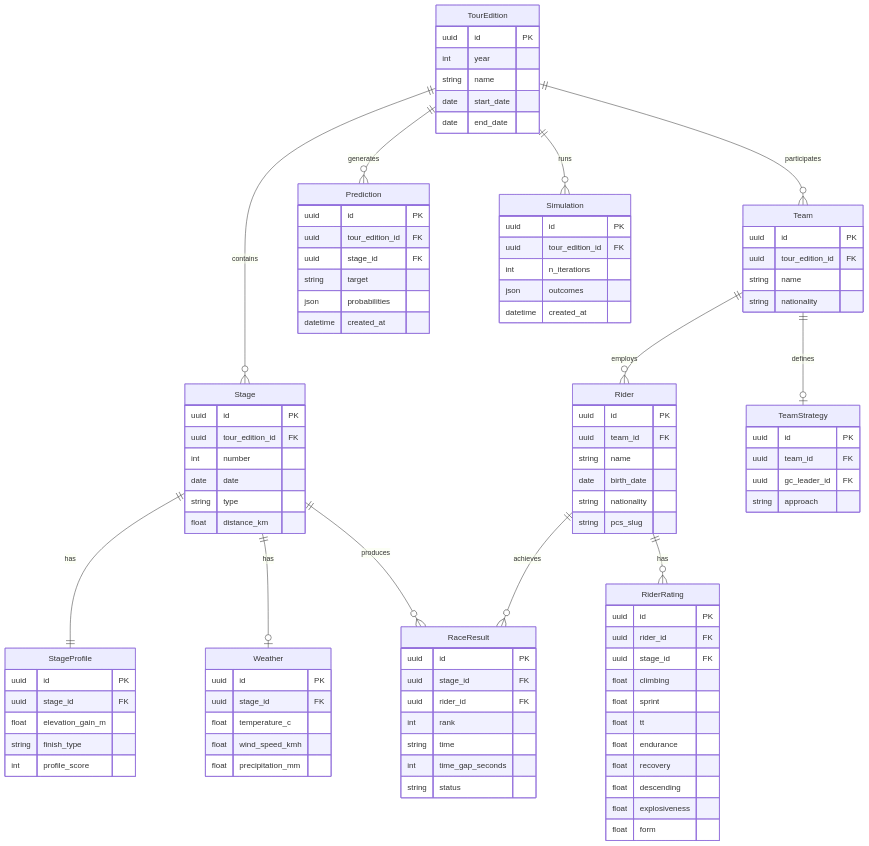
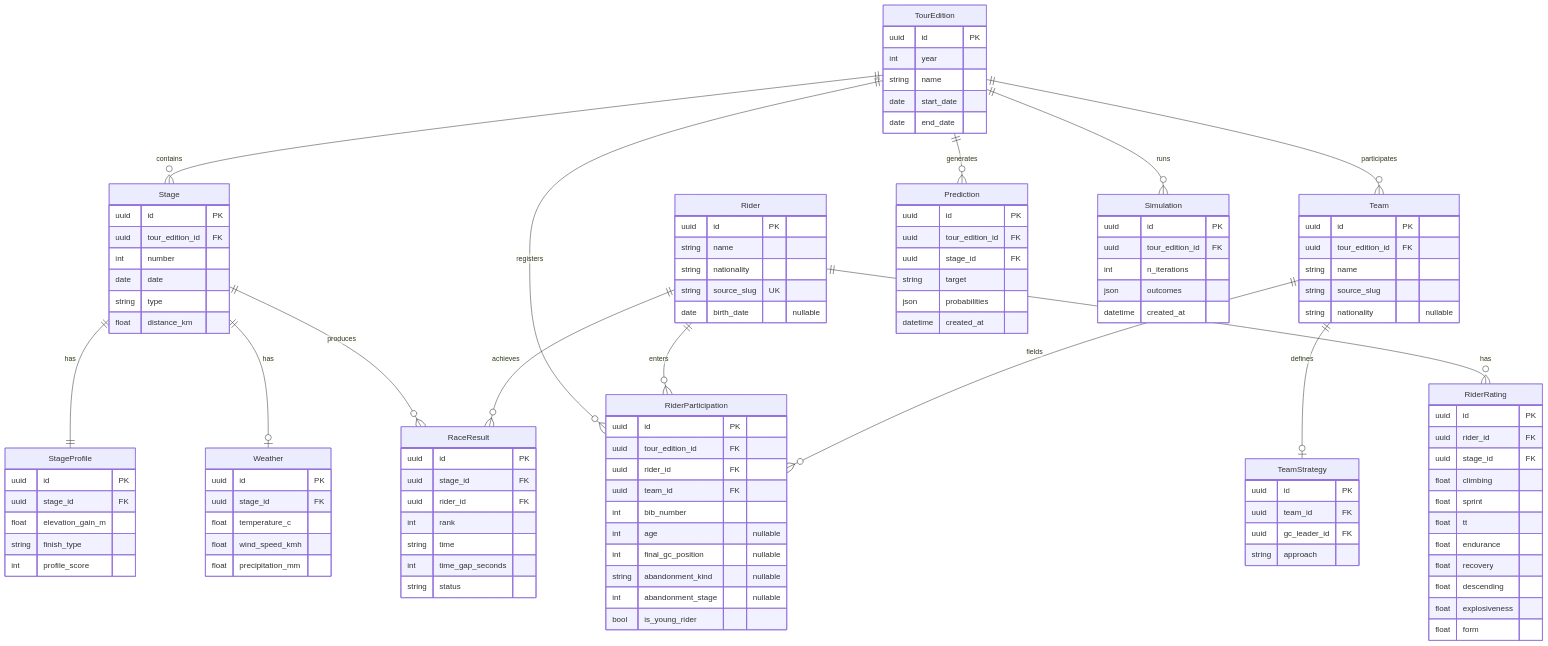
Before and after one commit to McGalagane/YellowMind: the diagram in docs/architecture/erd.md, drawn with Mermaid. The commit also changed other lines of this file and 2 other files, not shown here.

Commit message:
docs(adr): record the rider identity model
ADR-009 explains why rider identity is separate from participation, and
why nationality keeps the source's country name instead of normalising
to ISO codes now. Updates the ERD, which no longer matched for these
entities, and splits the persistence backlog item.

```diff
--- a/docs/architecture/erd.md
+++ b/docs/architecture/erd.md
@@ -8,7 +10,9 @@
 erDiagram
     TourEdition ||--o{ Stage : contains
     TourEdition ||--o{ Team : participates
-    Team ||--o{ Rider : employs
+    TourEdition ||--o{ RiderParticipation : registers
+    Rider ||--o{ RiderParticipation : enters
+    Team ||--o{ RiderParticipation : fields
     Stage ||--|| StageProfile : has
     Stage ||--o| Weather : has
     Stage ||--o{ RaceResult : produces
@@ -47,16 +51,29 @@
         uuid id PK
         uuid tour_edition_id FK
         string name
-        string nationality
+        string source_slug
+        string nationality "nullable"
     }
 
     Rider {
         uuid id PK
+        string name
+        string nationality
+        string source_slug UK
+        date birth_date "nullable"
+    }
+
+    RiderParticipation {
+        uuid id PK
+        uuid tour_edition_id FK
+        uuid rider_id FK
         uuid team_id FK
-        string name
-        date birth_date
-        string nationality
-        string pcs_slug
+        int bib_number
+        int age "nullable"
+        int final_gc_position "nullable"
+        string abandonment_kind "nullable"
+        int abandonment_stage "nullable"
+        bool is_young_rider
     }
 
     RaceResult {
```
